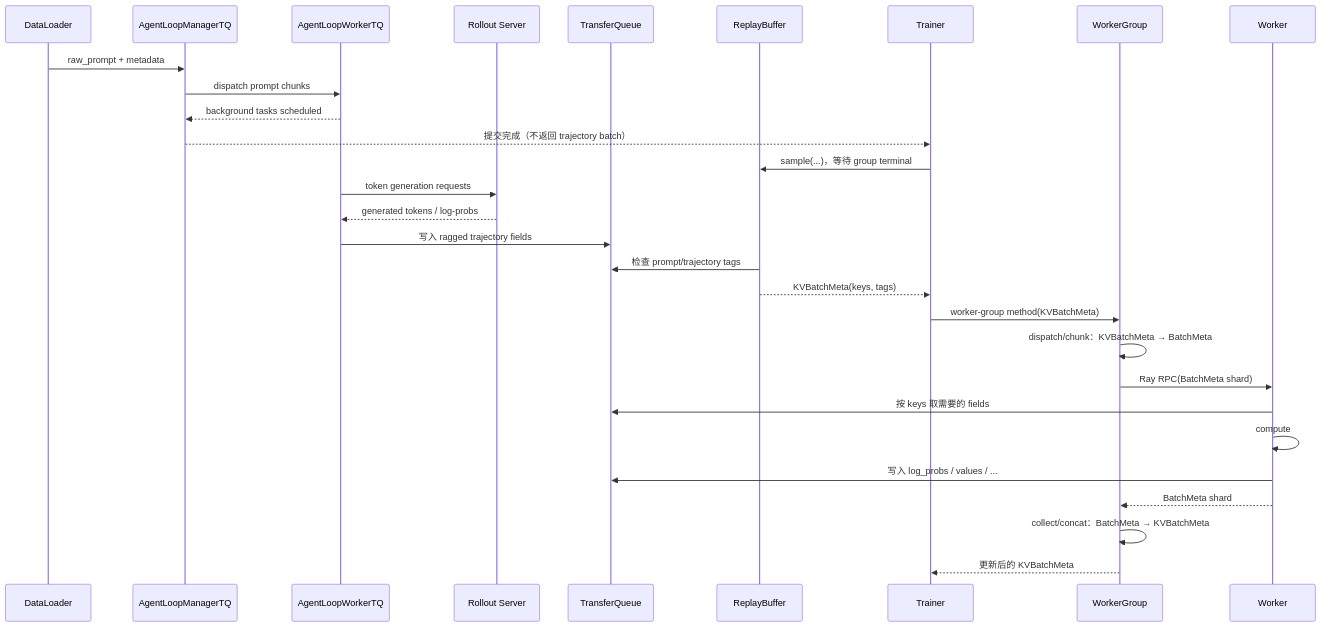
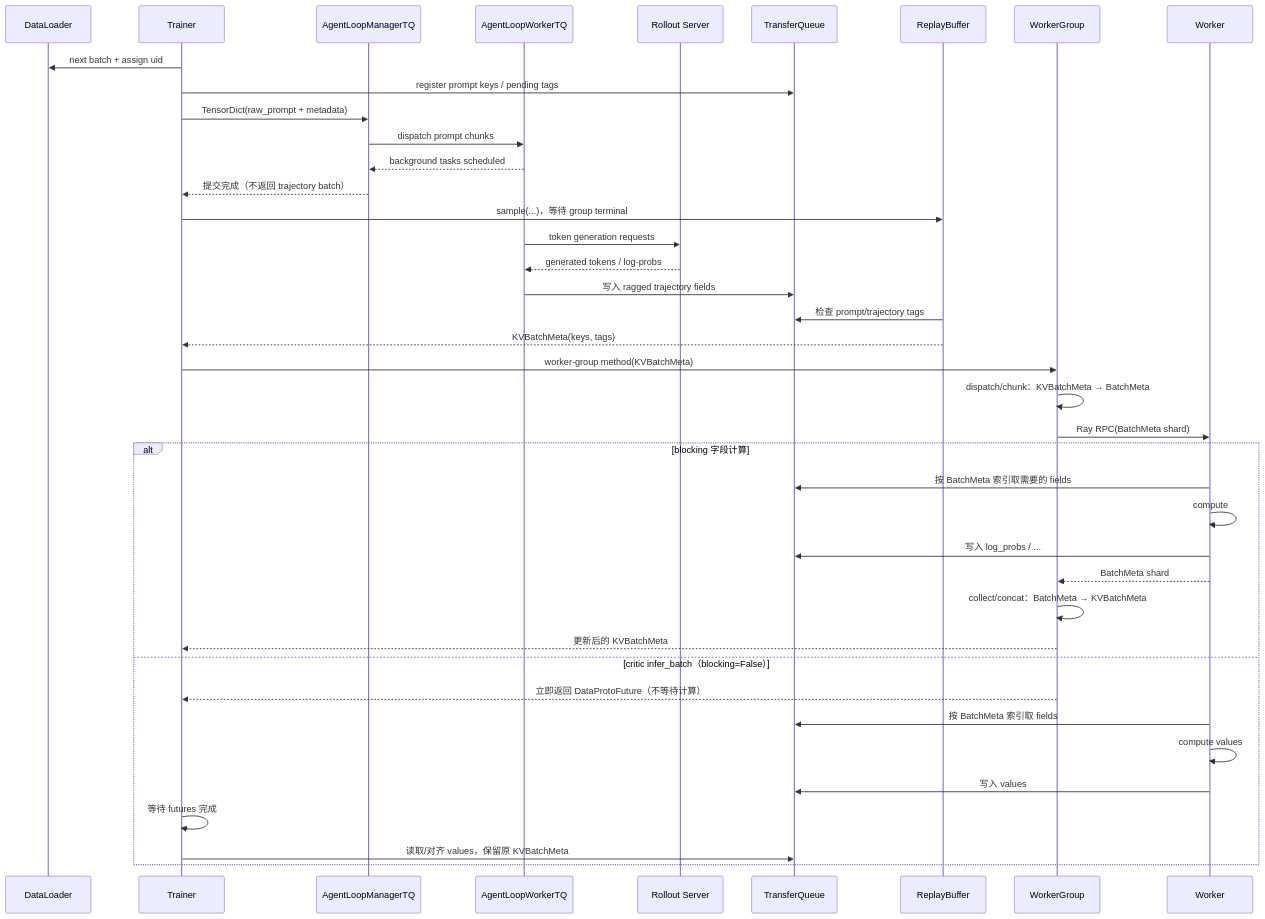
One commit to BiboyQG/learn-verl changed the fourth of 5 diagrams in docs-site/content/02_architecture.md. Above: the diagram before and after it, drawn with Mermaid. The commit also changed other lines of this file and 16 other files, not shown here.

````diff
--- a/docs-site/content/02_architecture.md
+++ b/docs-site/content/02_architecture.md
@@ -213,32 +217,43 @@
 ```mermaid
 sequenceDiagram
     participant DL as DataLoader
+    participant TR as Trainer
     participant AL as AgentLoopManagerTQ
     participant AW as AgentLoopWorkerTQ
     participant RS as Rollout Server
     participant TQ as TransferQueue
     participant RB as ReplayBuffer
-    participant TR as Trainer
     participant WG as WorkerGroup
     participant WK as Worker
 
-    DL->>AL: raw_prompt + metadata
+    TR->>DL: next batch + assign uid
+    TR->>TQ: register prompt keys / pending tags
+    TR->>AL: TensorDict(raw_prompt + metadata)
     AL->>AW: dispatch prompt chunks
     AW-->>AL: background tasks scheduled
     AL-->>TR: 提交完成（不返回 trajectory batch）
     TR->>RB: sample(...)，等待 group terminal
     AW->>RS: token generation requests
     RS-->>AW: generated tokens / log-probs
     AW->>TQ: 写入 ragged trajectory fields
     RB->>TQ: 检查 prompt/trajectory tags
     RB-->>TR: KVBatchMeta(keys, tags)
     TR->>WG: worker-group method(KVBatchMeta)
     WG->>WG: dispatch/chunk：KVBatchMeta → BatchMeta
     WG->>WK: Ray RPC(BatchMeta shard)
-    WK->>TQ: 按 keys 取需要的 fields
-    WK->>WK: compute
-    WK->>TQ: 写入 log_probs / values / ...
-    WK-->>WG: BatchMeta shard
-    WG->>WG: collect/concat：BatchMeta → KVBatchMeta
-    WG-->>TR: 更新后的 KVBatchMeta
+    alt blocking 字段计算
+        WK->>TQ: 按 BatchMeta 索引取需要的 fields
+        WK->>WK: compute
+        WK->>TQ: 写入 log_probs / ...
+        WK-->>WG: BatchMeta shard
+        WG->>WG: collect/concat：BatchMeta → KVBatchMeta
+        WG-->>TR: 更新后的 KVBatchMeta
+    else critic infer_batch（blocking=False）
+        WG-->>TR: 立即返回 DataProtoFuture（不等待计算）
+        WK->>TQ: 按 BatchMeta 索引取 fields
+        WK->>WK: compute values
+        WK->>TQ: 写入 values
+        TR->>TR: 等待 futures 完成
+        TR->>TQ: 读取/对齐 values，保留原 KVBatchMeta
+    end
 ```
````
